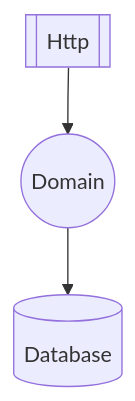
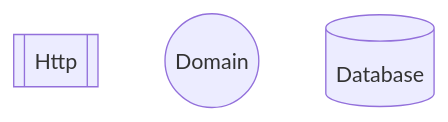
The second of 4 diagrams in docs/architecture/README.md (mouseless/baked), drawn with Mermaid before and after one commit. The commit also changed other lines of this file and 1 other file, not shown here.

Commit message:
finish architecture document

````diff
--- a/docs/architecture/README.md
+++ b/docs/architecture/README.md
@@ -36,8 +38,6 @@
 ```mermaid
 flowchart
   H[[Http]]
   D((Domain))
   DB[(Database)]
-
-  H --> D --> DB
 ```
````
